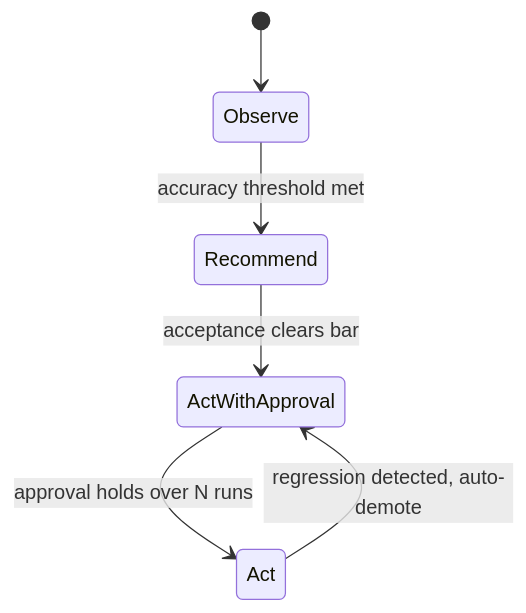
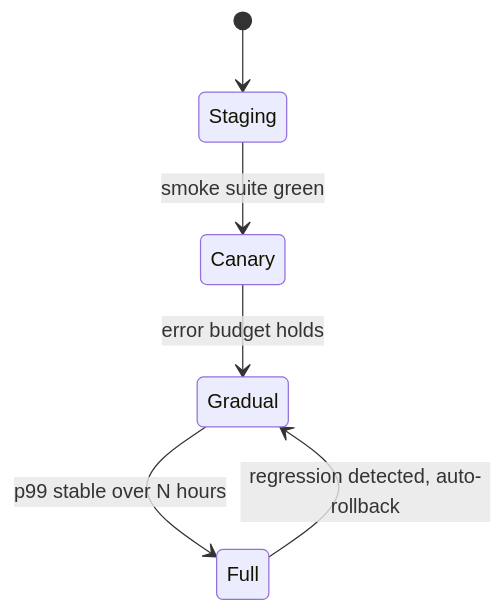
One commit to harlanlewis/birta-writer changed the second of 5 diagrams in webview/__tests__/fixtures/mixed-real-document.md. Above: the diagram before and after it, drawn with Mermaid. The commit also changed other lines of this file and 1 other file, not shown here.

````diff
--- a/webview/__tests__/fixtures/mixed-real-document.md
+++ b/webview/__tests__/fixtures/mixed-real-document.md
@@ -25,8 +25,8 @@
 ```mermaid
 stateDiagram-v2
-    [*] --> Observe
-    Observe --> Recommend: accuracy threshold met
-    Recommend --> ActWithApproval: acceptance clears bar
-    ActWithApproval --> Act: approval holds over N runs
-    Act --> ActWithApproval: regression detected, auto-demote
+    [*] --> Staging
+    Staging --> Canary: smoke suite green
+    Canary --> Gradual: error budget holds
+    Gradual --> Full: p99 stable over N hours
+    Full --> Gradual: regression detected, auto-rollback
 ```
````
